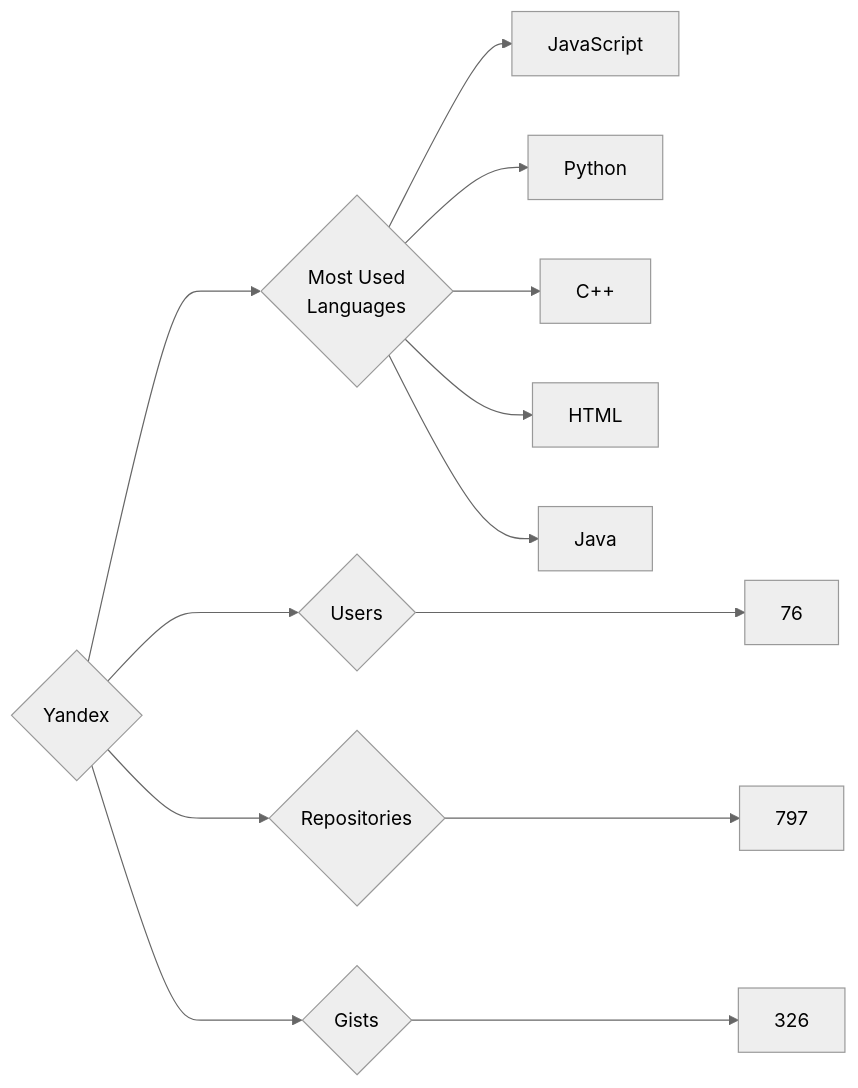
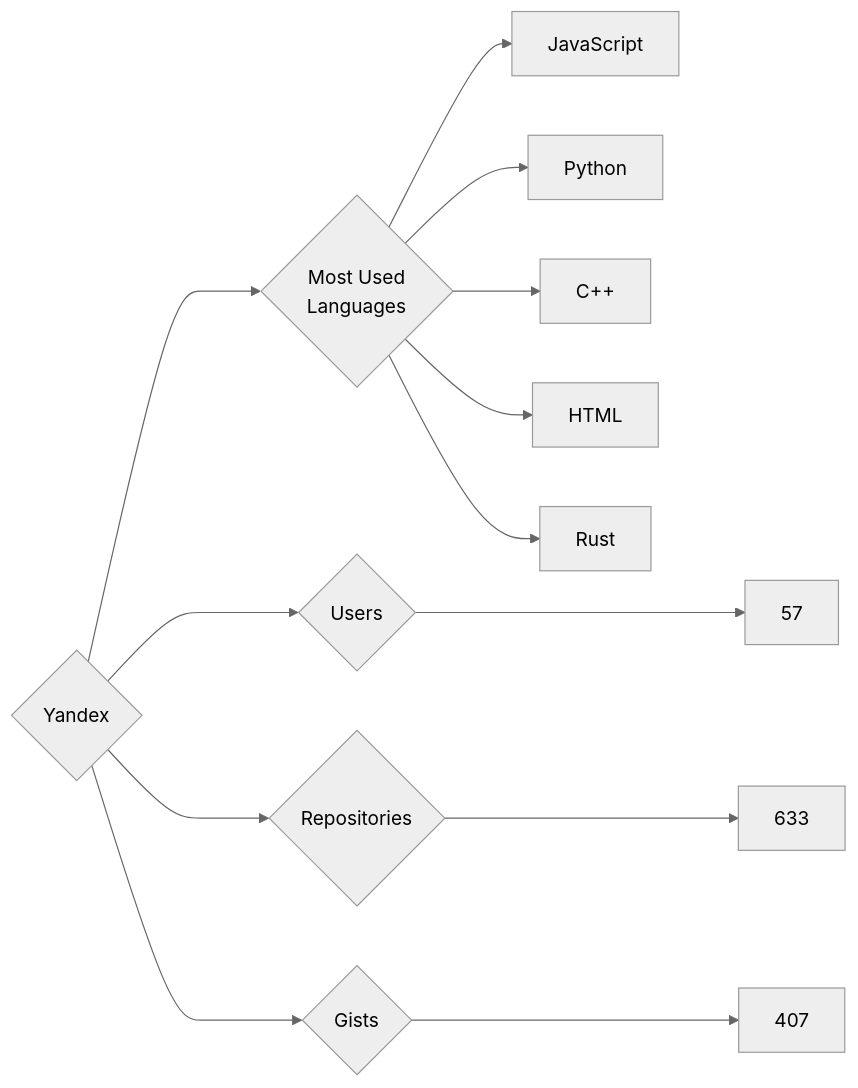
One commit to trickest/insiders changed the diagram in targets/Yandex/README.md. Above: the diagram before and after it, drawn with Mermaid (neutral theme). The commit also changed 815 other files, not shown here.

````diff
--- a/targets/Yandex/README.md
+++ b/targets/Yandex/README.md
@@ -3,13 +3,13 @@
 ```mermaid
 graph LR
 COMPANY_NAME{Yandex}
-COMPANY_NAME ---> U{Users} ---> UN[76]
-COMPANY_NAME ---> R{Repositories} ---> RN[797]
-COMPANY_NAME ---> G{Gists} ---> GN[326]
+COMPANY_NAME ---> U{Users} ---> UN[57]
+COMPANY_NAME ---> R{Repositories} ---> RN[633]
+COMPANY_NAME ---> G{Gists} ---> GN[407]
 COMPANY_NAME ---> ML{Most Used<br>Languages}
 ML --> JavaScript[JavaScript]
 ML --> Python[Python]
 ML --> C++[C++]
 ML --> HTML[HTML]
-ML --> Java[Java]
+ML --> Rust[Rust]
 ```
````
